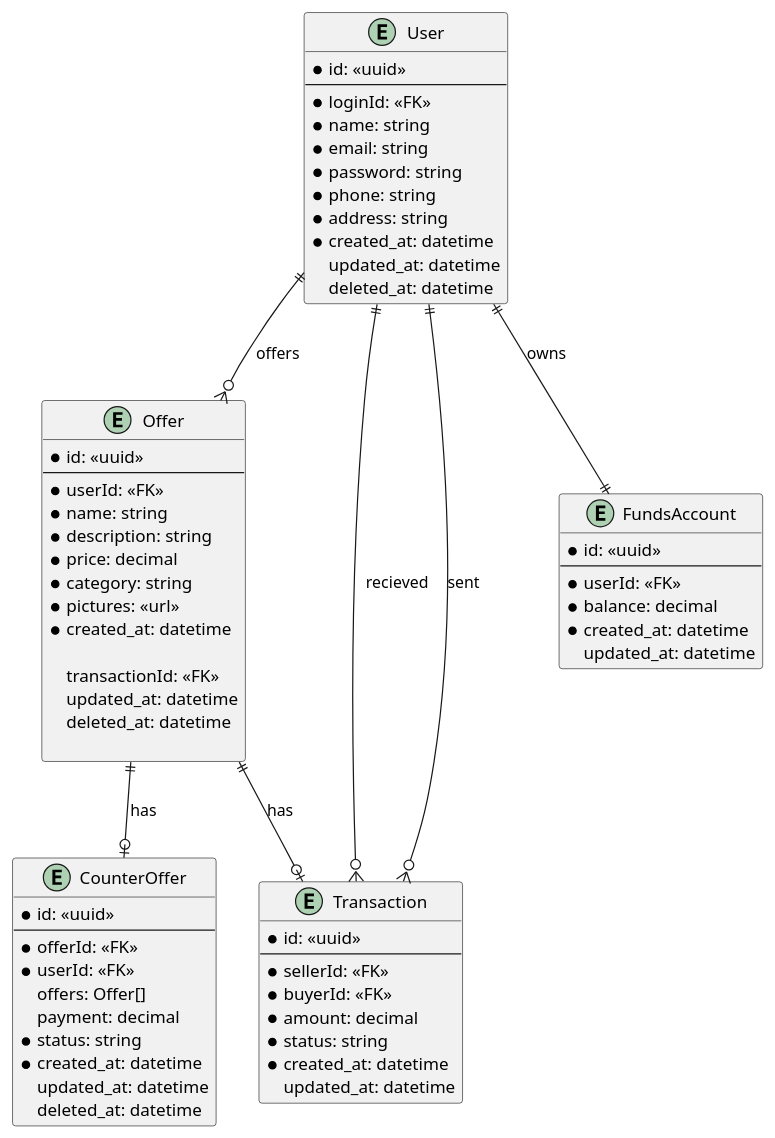
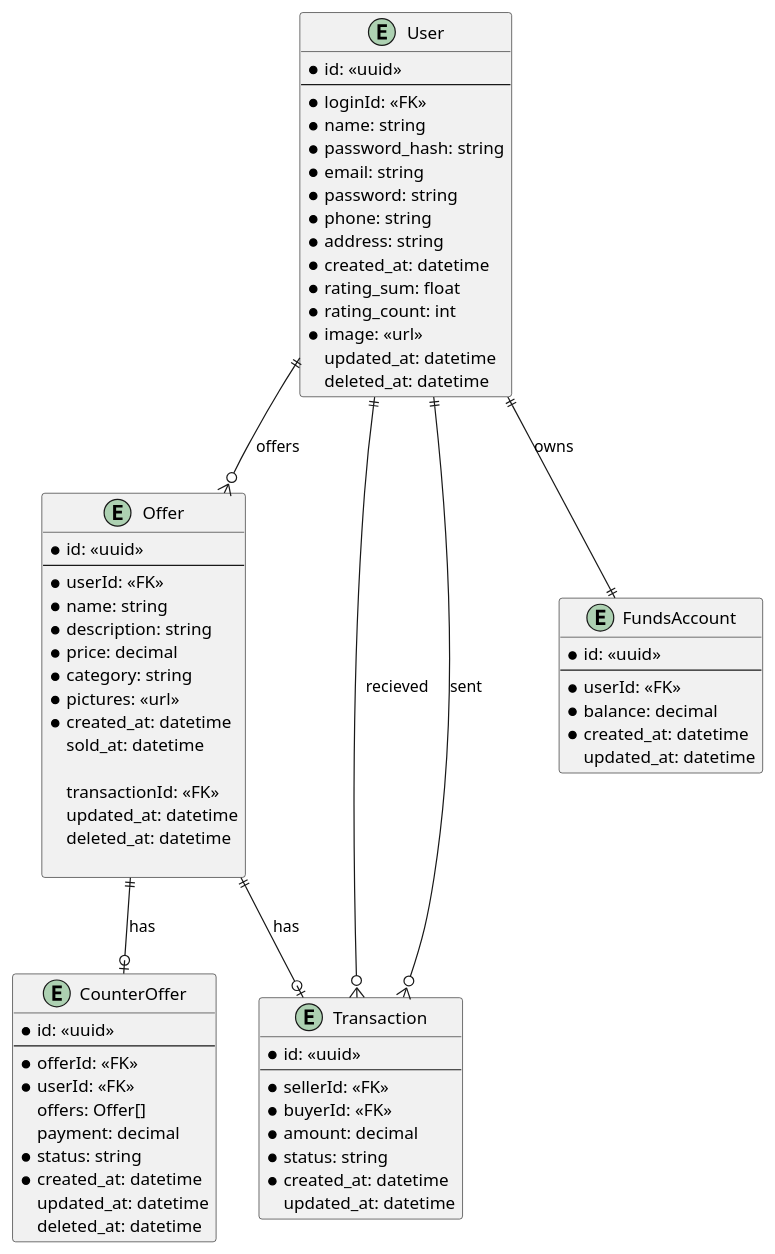
Before and after one commit to Jarda236/p2p-marketplace: the diagram in SWING/diagrams/erd.puml, drawn with PlantUML.

Commit message:
update diagram

```diff
--- a/SWING/diagrams/erd.puml
+++ b/SWING/diagrams/erd.puml
@@ -1,75 +1,81 @@
 @startuml P2P Marketplace
 
 entity Offer {
     * id: <<uuid>>
     --
     * userId: <<FK>>
     * name: string
     * description: string
     * price: decimal
     * category: string
     * pictures: <<url>>
     * created_at: datetime
+    sold_at: datetime
 
     transactionId: <<FK>>
     updated_at: datetime
     deleted_at: datetime
 
 }
 
 entity User {
     * id: <<uuid>>
     --
     * loginId: <<FK>>
     * name: string
+    * password_hash: string
     * email: string
     * password: string
     * phone: string
     * address: string
     * created_at: datetime
+    *rating_sum: float
+    *rating_count: int
+    *image: <<url>>
+/'    freshest token + valid_until ?? '/
     updated_at: datetime
     deleted_at: datetime
 }
 
 entity Transaction {
     * id: <<uuid>>
     --
     * sellerId: <<FK>>
     * buyerId: <<FK>>
     * amount: decimal
     * status: string
     * created_at: datetime
     updated_at: datetime
 }
 
 entity FundsAccount {
     * id: <<uuid>>
     --
     * userId: <<FK>>
     * balance: decimal
 /'    * currency: string '/
     * created_at: datetime
     updated_at: datetime
 }
 
 entity CounterOffer {
     *id: <<uuid>>
     --
     *offerId: <<FK>>
     *userId: <<FK>>
     offers: Offer[]
     payment: decimal
     *status: string
     *created_at: datetime
     updated_at: datetime
     deleted_at: datetime
 }
 
 User ||--o{ Offer : offers  
 User ||--o{ Transaction : recieved
 User ||--o{ Transaction : sent
 Offer ||--o| Transaction : has
 User ||--|| FundsAccount : owns
 Offer ||--o| CounterOffer : has
 
 @enduml
```
